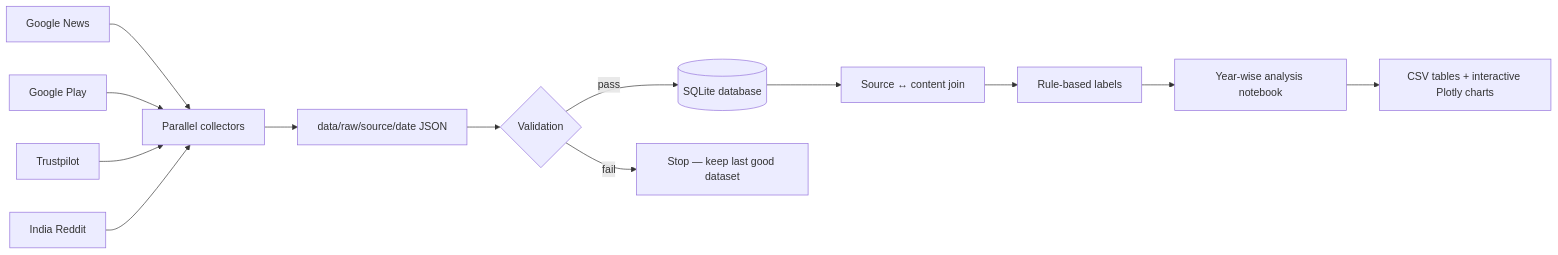
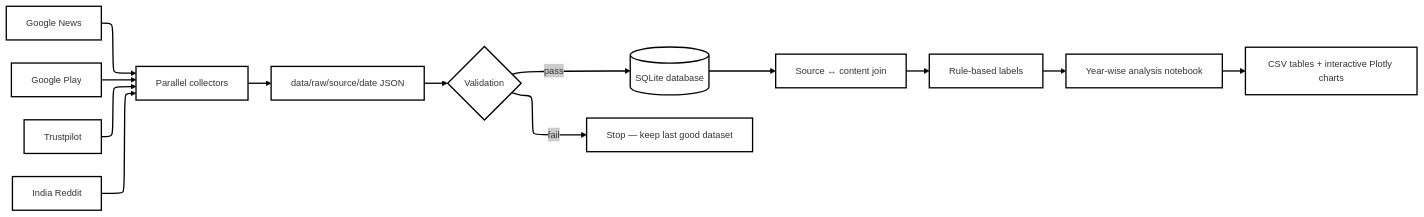
Before and after one commit to Rishabhvaibhav/zomato-feedback-pipeline: the first of 3 diagrams in README.md, drawn with Mermaid.

````diff
--- a/README.md
+++ b/README.md
@@ -62,12 +62,17 @@
 ```mermaid
+---
+config:
+  layout: elk
+  theme: neo
+---
 flowchart LR
     S1[Google News] & S2[Google Play] & S3[Trustpilot] & S4[India Reddit] --> C[Parallel collectors]
     C --> R[data/raw/source/date JSON]
     R --> V{Validation}
     V -->|pass| DB[(SQLite database)]
     V -->|fail| STOP[Stop — keep last good dataset]
     DB --> L[Source ↔ content join]
     L --> RULE[Rule-based labels]
     RULE --> A[Year-wise analysis notebook]
     A --> O[CSV tables + interactive Plotly charts]
 ```
````
